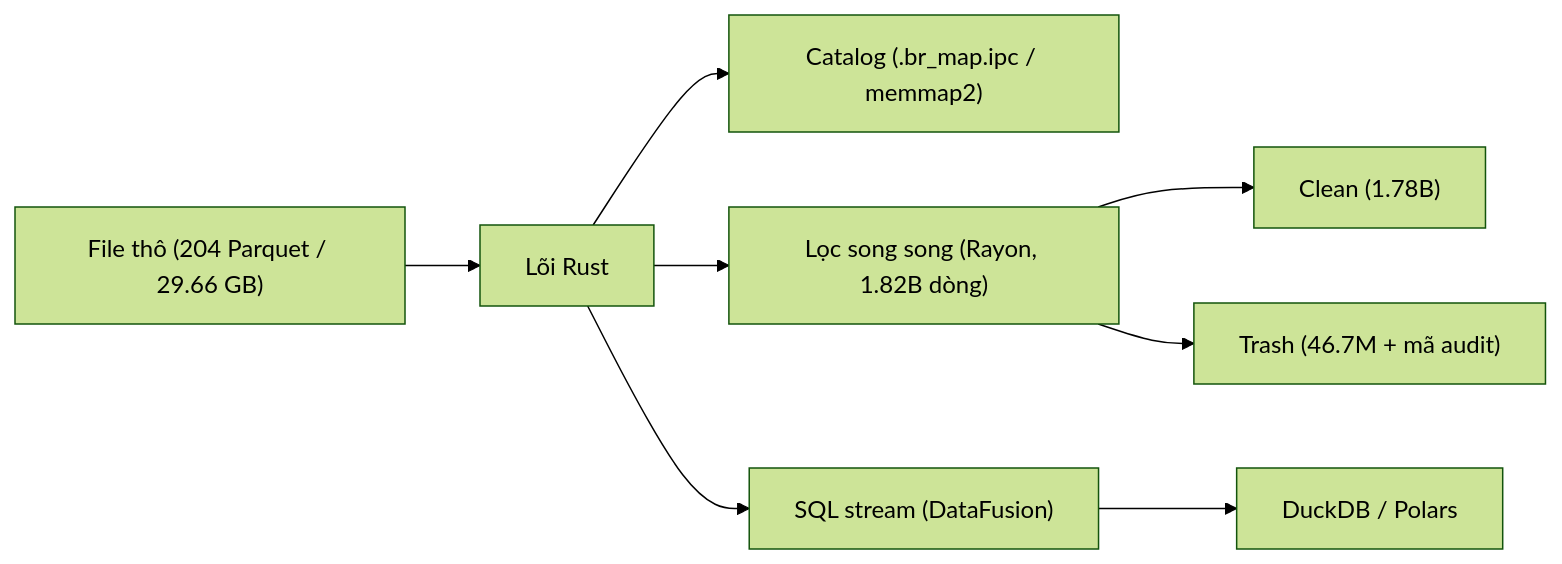
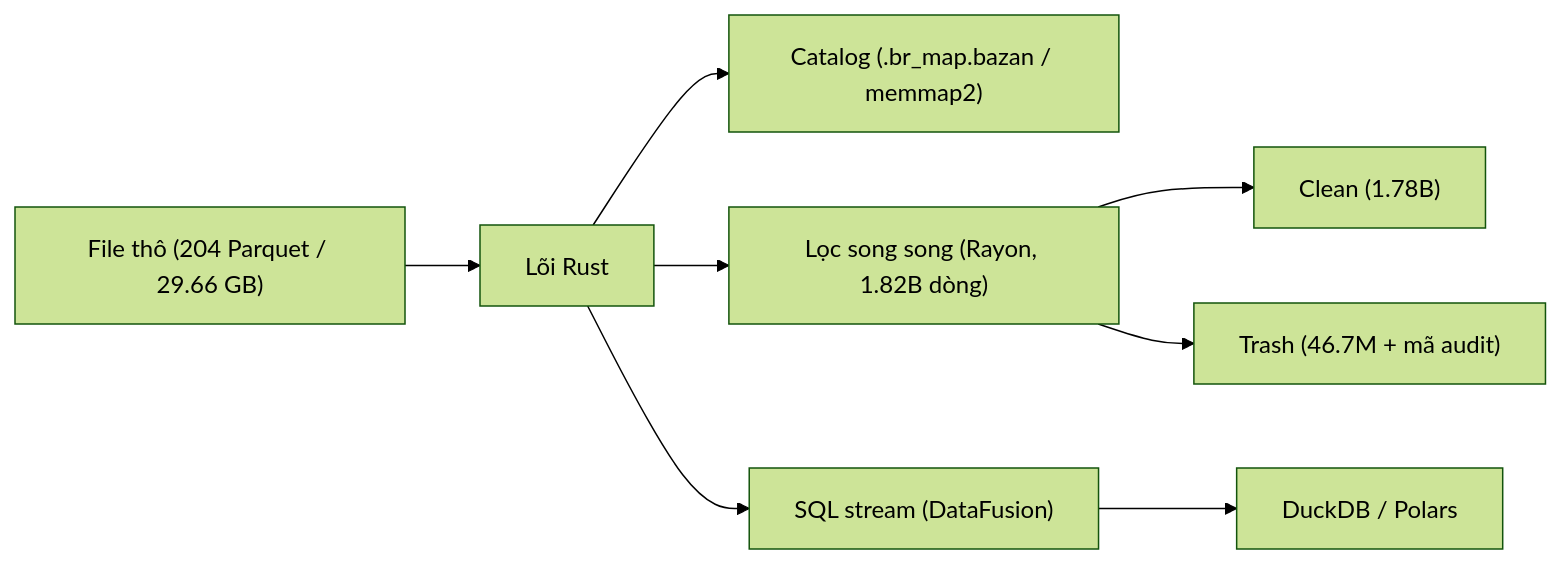
One commit to VanDung-dev/basaltic-red changed the diagram in docs/vi/index.md. Above: the diagram before and after it, drawn with Mermaid (forest theme). The commit also changed other lines of this file and 20 other files, not shown here.

First line of the commit message:
docs: update references from `.br_map.ipc` to `.br_map.bazan` format across documentation

````diff
--- a/docs/vi/index.md
+++ b/docs/vi/index.md
@@ -21,10 +21,10 @@
 ```mermaid
 graph LR
     A["File thô (204 Parquet / 29.66 GB)"] --> B["Lõi Rust"]
-    B --> C["Catalog (.br_map.ipc / memmap2)"]
+    B --> C["Catalog (.br_map.bazan / memmap2)"]
     B --> D["Lọc song song (Rayon, 1.82B dòng)"]
     B --> E["SQL stream (DataFusion)"]
     D --> F["Clean (1.78B)"]
     D --> G["Trash (46.7M + mã audit)"]
     E --> H["DuckDB / Polars"]
 ```
````
